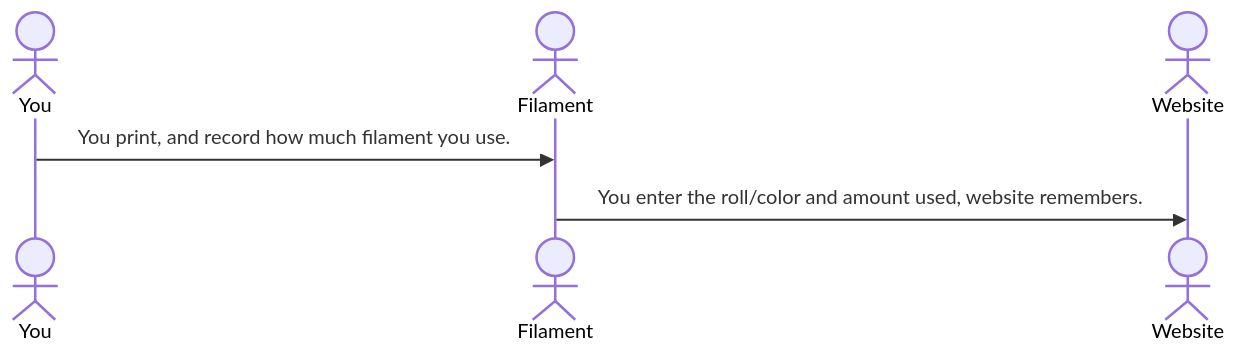
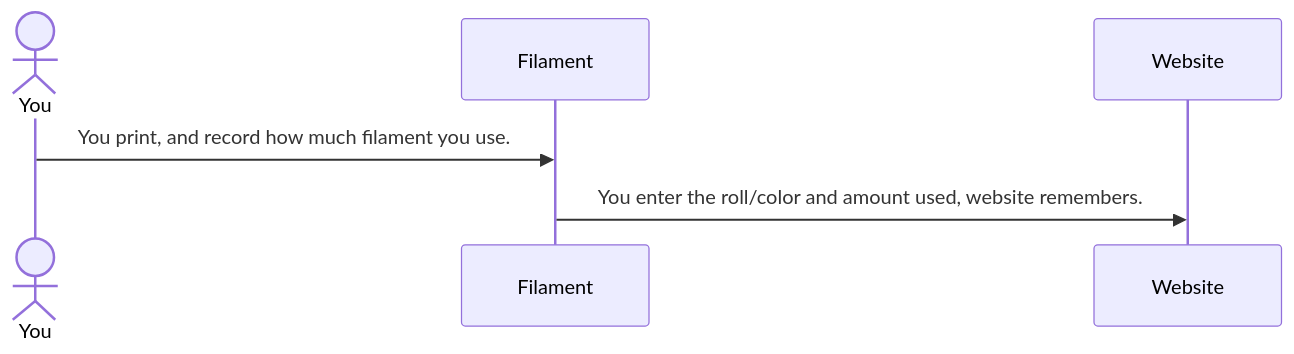
The diagram in README.md (Peppermint6443/startup), drawn with Mermaid before and after one commit.

Commit message:
added participants instead of actors

````diff
--- a/README.md
+++ b/README.md
@@ -37,8 +37,8 @@
 ```mermaid
 sequenceDiagram
     actor You
-    actor Filament
-    actor Website
+    participant Filament
+    participant Website
     You->>Filament: You print, and record how much filament you use.
     Filament->>Website: You enter the roll/color and amount used, website remembers.
 ```
````
